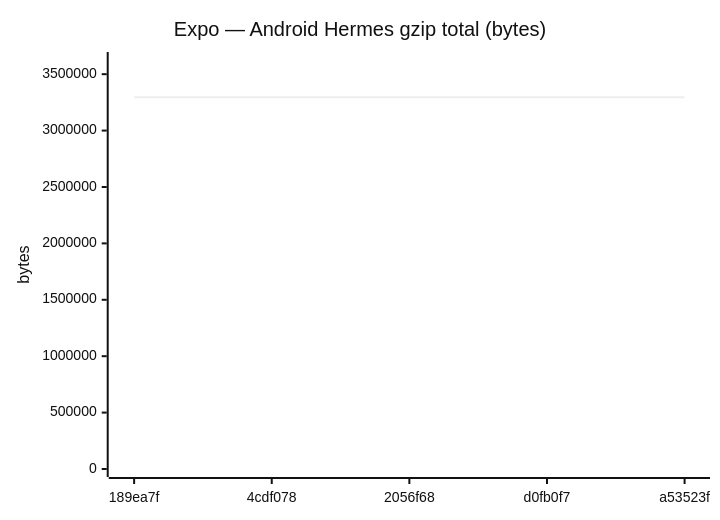
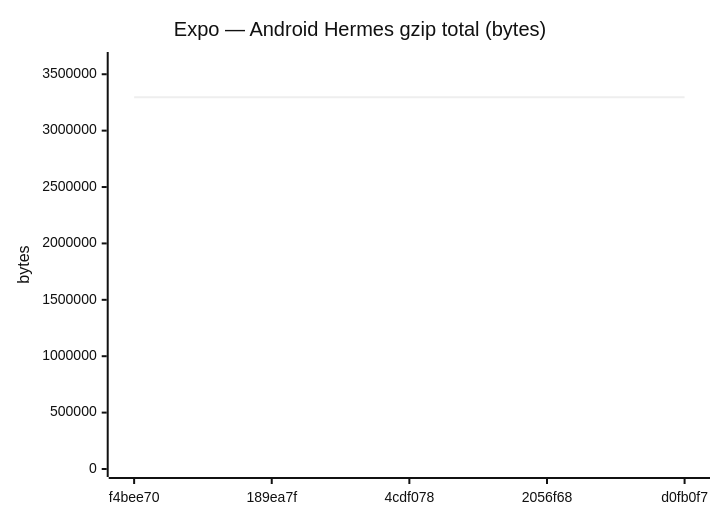
One commit to Metaheurist/Rianell changed diagram 11 of 18 in benchmarks/compare.md. Above: the diagram before and after it, drawn with Mermaid (neutral theme). The commit also changed other lines of this file and 11 other files, not shown here.

````diff
--- a/benchmarks/compare.md
+++ b/benchmarks/compare.md
@@ -172,7 +172,7 @@
 ```mermaid
 xychart-beta
     title "Expo — Android Hermes gzip total (bytes)"
-    x-axis ["189ea7f", "4cdf078", "2056f68", "d0fb0f7", "a53523f"]
-    y-axis "bytes" 0 --> 3625626
-    line [3296023, 3295973, 3295761, 3295758, 3295757]
+    x-axis ["f4bee70", "189ea7f", "4cdf078", "2056f68", "d0fb0f7"]
+    y-axis "bytes" 0 --> 3626296
+    line [3296632, 3296023, 3295973, 3295761, 3295758]
 ```
````
